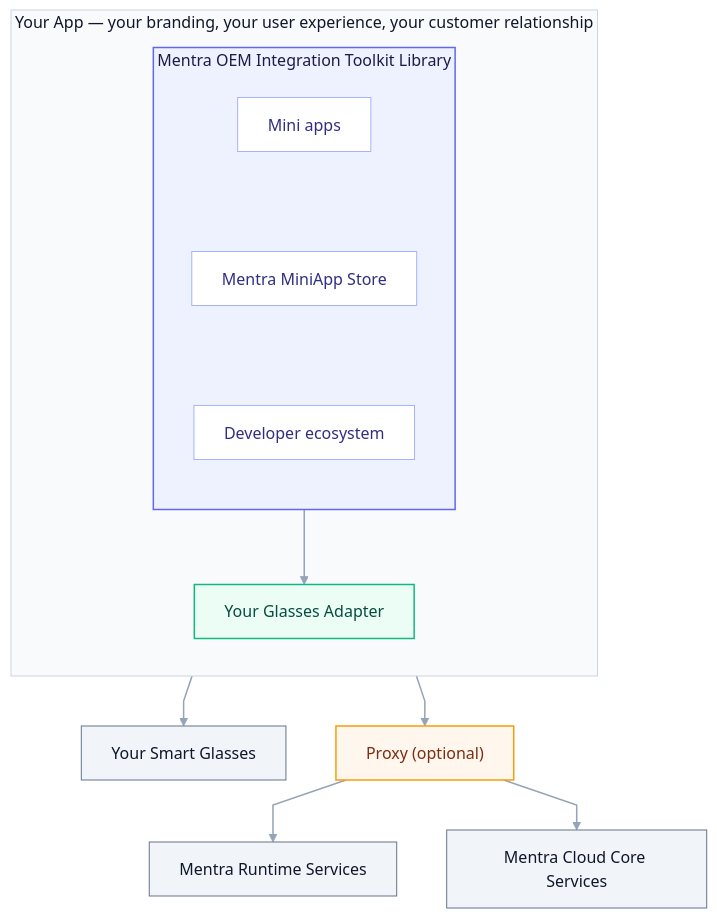
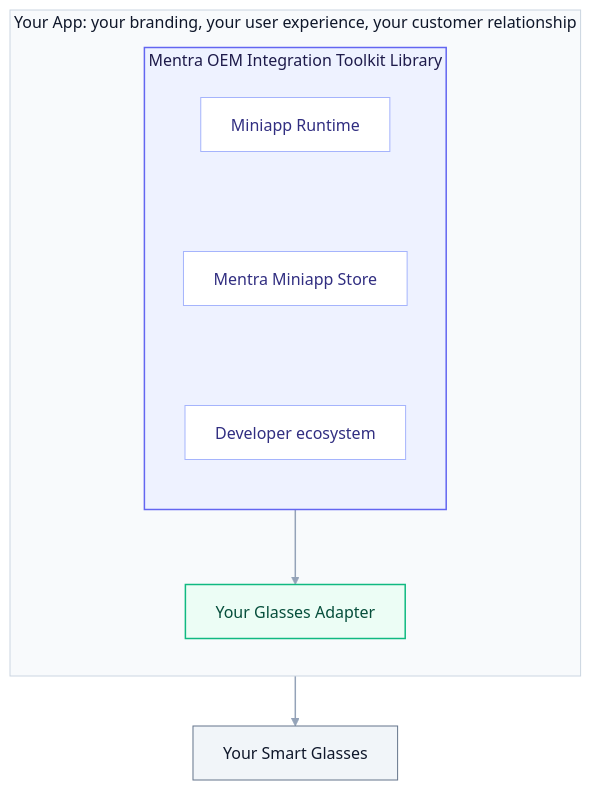
Before and after one commit to Mentra-Community/MentraOS: the diagram in docs/glasses-oems/integration-toolkit.mdx, drawn with Mermaid. The commit also changed other lines of this file and 12 other files, not shown here.

````diff
--- a/docs/glasses-oems/integration-toolkit.mdx
+++ b/docs/glasses-oems/integration-toolkit.mdx
@@ -18,40 +18,35 @@
 ```mermaid
 %%{init: {"flowchart": {"curve": "linear"}}}%%
 flowchart TB
-  subgraph App["Your App — your branding, your user experience, your customer relationship"]
+  subgraph App["Your App: your branding, your user experience, your customer relationship"]
     direction TB
     subgraph Toolkit["Mentra OEM Integration Toolkit Library"]
       direction TB
-      F1["Mini apps"]
-      F2["Mentra MiniApp Store"]
+      F1["Miniapp Runtime"]
+      F2["Mentra Miniapp Store"]
       F3["Developer ecosystem"]
       F1 ~~~ F2
       F2 ~~~ F3
     end
     Adapter["Your Glasses Adapter"]
     Toolkit --> Adapter
   end
 
   Adapter --> Glasses["Your Smart Glasses"]
-  Toolkit --> Proxy["Proxy (optional)"]
-  Proxy --> Runtime["Mentra Runtime Services"]
-  Proxy --> Core["Mentra Cloud Core Services"]
 
   classDef app fill:#f8fafc,stroke:#cbd5e1,stroke-width:1px,color:#0f172a
   classDef toolkit fill:#eef2ff,stroke:#6366f1,stroke-width:1.5px,color:#1e1b4b
   classDef feature fill:#ffffff,stroke:#a5b4fc,stroke-width:1px,color:#312e81
   classDef adapter fill:#ecfdf5,stroke:#10b981,stroke-width:1.5px,color:#064e3b
-  classDef proxy fill:#fff7ed,stroke:#f59e0b,stroke-width:1.5px,color:#7c2d12
   classDef external fill:#f1f5f9,stroke:#64748b,stroke-width:1px,color:#0f172a
 
   class App app
   class Toolkit toolkit
   class F1,F2,F3 feature
   class Adapter adapter
-  class Proxy proxy
-  class Glasses,Runtime,Core external
+  class Glasses external
 
   linkStyle 0 stroke:none
   linkStyle 1 stroke:none
   linkStyle default stroke:#94a3b8,stroke-width:1.5px
 ```
````
